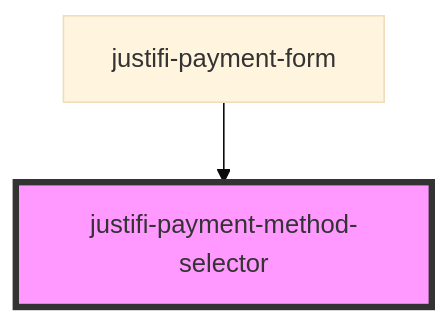
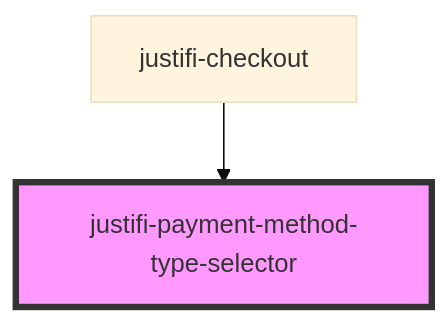
One commit to justifi-tech/web-component-library changed the diagram in packages/webcomponents/src/components/checkout/readme.md. Above: the diagram before and after it, drawn with Mermaid (base theme). The commit also changed other lines of this file and 19 other files, not shown here.

Commit message:
fix payment method selector

````diff
--- a/packages/webcomponents/src/components/checkout/readme.md
+++ b/packages/webcomponents/src/components/checkout/readme.md
@@ -60,5 +60,5 @@
 ```mermaid
 graph TD;
-  justifi-payment-form --> justifi-payment-method-selector
-  style justifi-payment-method-selector fill:#f9f,stroke:#333,stroke-width:4px
+  justifi-checkout --> justifi-payment-method-type-selector
+  style justifi-payment-method-type-selector fill:#f9f,stroke:#333,stroke-width:4px
 ```
````
